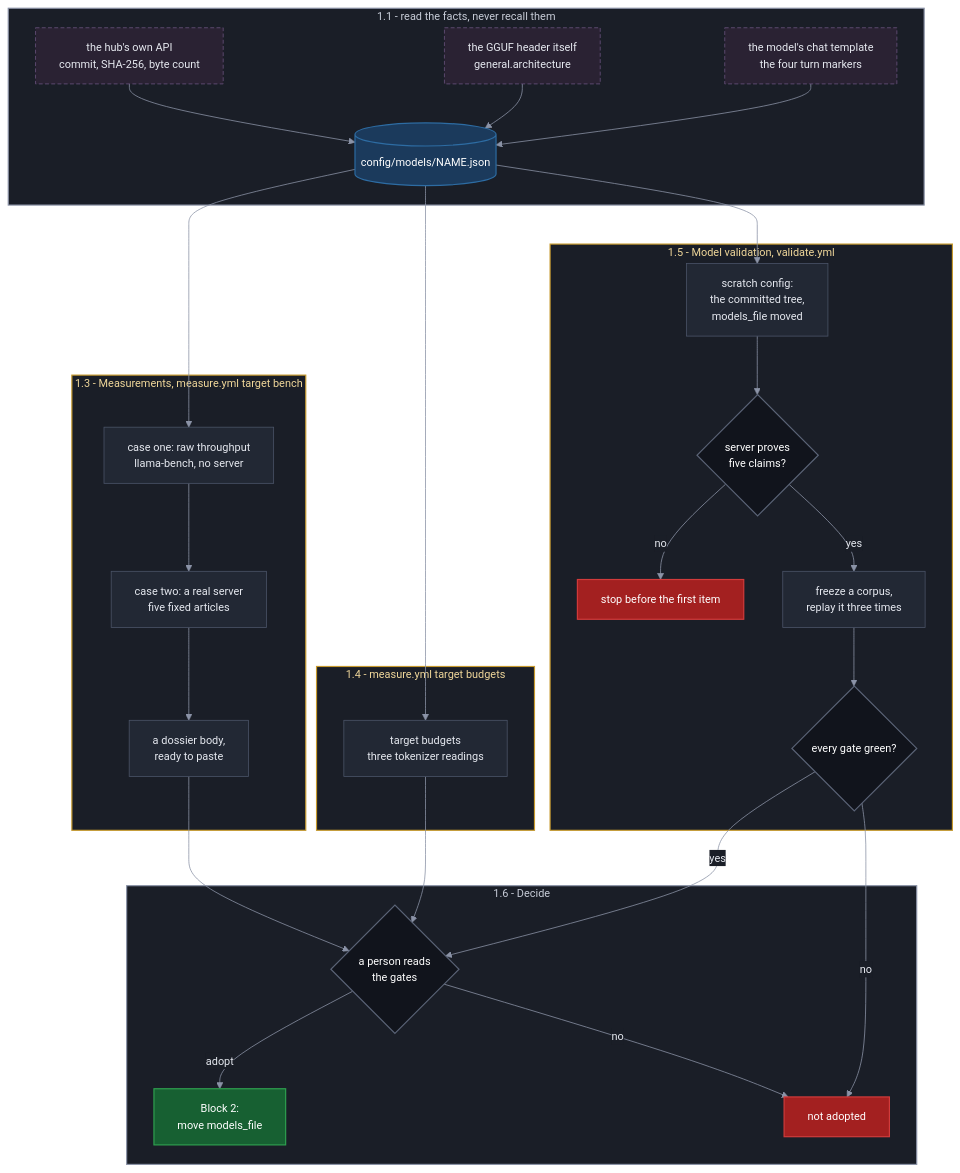
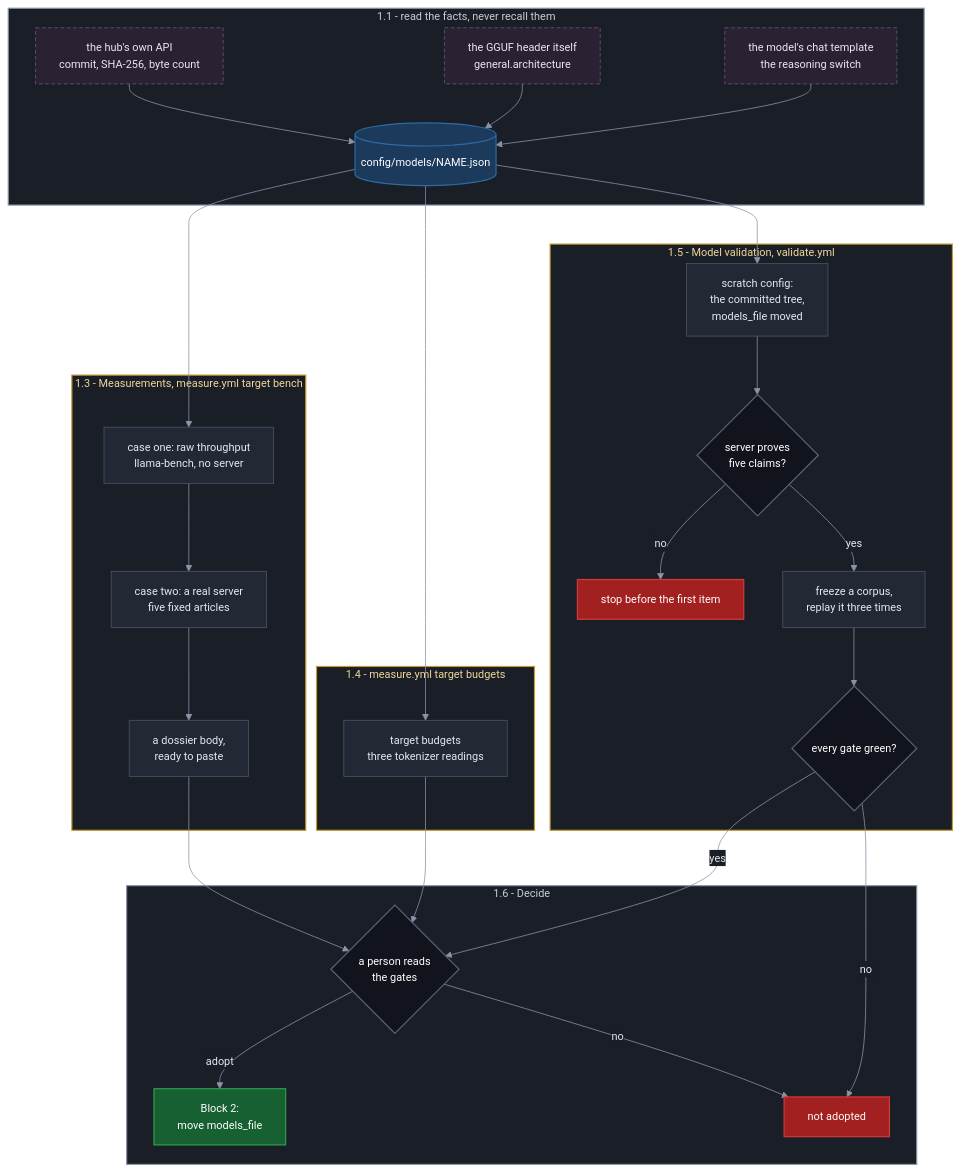
One commit to miztiik/yen-idhazh changed the diagram in docs/how-to/evaluate-new-summarizer-model.md. Above: the diagram before and after it, drawn with Mermaid. The commit also changed other lines of this file, not shown here.

First line of the commit message:
The model how-to describes the model file the loader accepts

````diff
--- a/docs/how-to/evaluate-new-summarizer-model.md
+++ b/docs/how-to/evaluate-new-summarizer-model.md
@@ -85,56 +85,56 @@
 ```mermaid
 %%{init: {"theme": "base", "themeVariables": {"background": "#0f1117", "primaryColor": "#222834", "primaryTextColor": "#e6e9f0", "primaryBorderColor": "#4b5468", "lineColor": "#8b93a7", "textColor": "#e6e9f0", "clusterBkg": "#1a1e27", "clusterBorder": "#3a4254", "titleColor": "#e6e9f0", "edgeLabelBackground": "#1a1e27", "fontSize": "14px"}}}%%
 flowchart TB
  subgraph FACTS["1.1 - read the facts, never recall them"]
   HUB["the hub's own API<br/>commit, SHA-256, byte count"] --> FILE
   HDR["the GGUF header itself<br/>general.architecture"] --> FILE
-  TMPL["the model's chat template<br/>the four turn markers"] --> FILE
+  TMPL["the model's chat template<br/>the reasoning switch"] --> FILE
   FILE[("config/models/NAME.json")]
  end
 
  subgraph BENCH["1.3 - Measurements, measure.yml target bench"]
   FILE --> RAW["case one: raw throughput<br/>llama-bench, no server"]
   RAW --> SERVE["case two: a real server<br/>five fixed articles"]
   SERVE --> DOSSIER["a dossier body,<br/>ready to paste"]
  end
 
  subgraph READ["1.4 - measure.yml target budgets"]
   FILE --> BUDGETS["target budgets<br/>three tokenizer readings"]
  end
 
  subgraph QUAL["1.5 - Model validation, validate.yml"]
   FILE --> SCRATCH["scratch config:<br/>the committed tree,<br/>models_file moved"]
   SCRATCH --> PROVE{"server proves<br/>five claims?"}
   PROVE -->|"no"| STOP["stop before the first item"]
   PROVE -->|"yes"| REPLAY["freeze a corpus,<br/>replay it three times"]
   REPLAY --> GATES{"every gate green?"}
  end
 
  subgraph CALL["1.6 - Decide"]
   DECIDE{"a person reads<br/>the gates"} -->|"adopt"| ADOPT["Block 2:<br/>move models_file"]
   DECIDE -->|"no"| REJECT["not adopted"]
  end
 
  DOSSIER --> DECIDE
  BUDGETS --> DECIDE
  GATES -->|"yes"| DECIDE
  GATES -->|"no"| REJECT
 
  classDef stage fill:#222834,stroke:#4b5468,stroke-width:1px,color:#e6e9f0;
  classDef decision fill:#11141c,stroke:#5b6477,stroke-width:1.5px,color:#ffffff;
  classDef yes fill:#176032,stroke:#2ea04f,stroke-width:1.5px,color:#ffffff;
  classDef no fill:#a32020,stroke:#d23b3b,stroke-width:1.5px,color:#ffffff;
  classDef ledger fill:#1b3a5c,stroke:#2d6ca3,stroke-width:1.5px,color:#ffffff;
  classDef ext fill:#2a2233,stroke:#6b5480,stroke-width:1px,stroke-dasharray:5 3,color:#e6e9f0;
  classDef sysEval fill:#1a1e27,stroke:#c79a2e,stroke-width:1.5px,color:#f0d79a;
  classDef sysOps fill:#1a1e27,stroke:#8b93a7,stroke-width:1.5px,color:#c8cdd8;
 
  class RAW,SERVE,DOSSIER,BUDGETS,SCRATCH,REPLAY stage;
  class HUB,HDR,TMPL ext;
  class PROVE,GATES,DECIDE decision;
  class FILE ledger;
  class ADOPT yes;
  class STOP,REJECT no;
  class FACTS,CALL sysOps;
  class BENCH,READ,QUAL sysEval;
 ```
````
